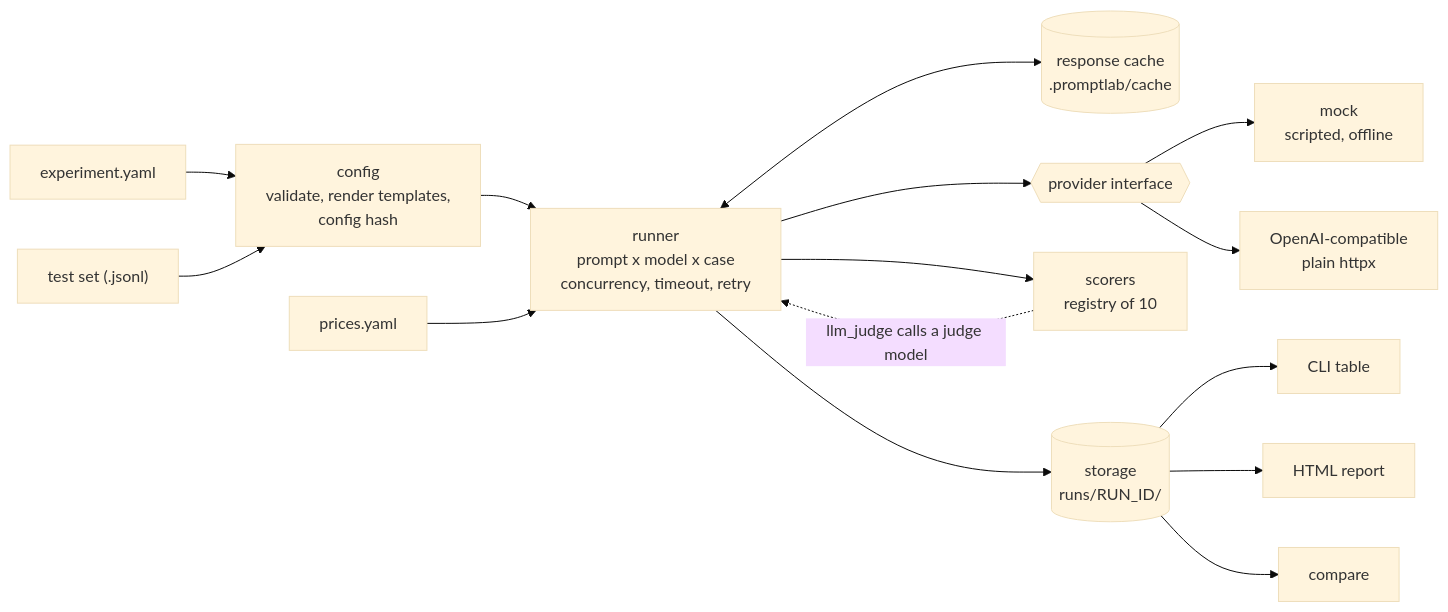
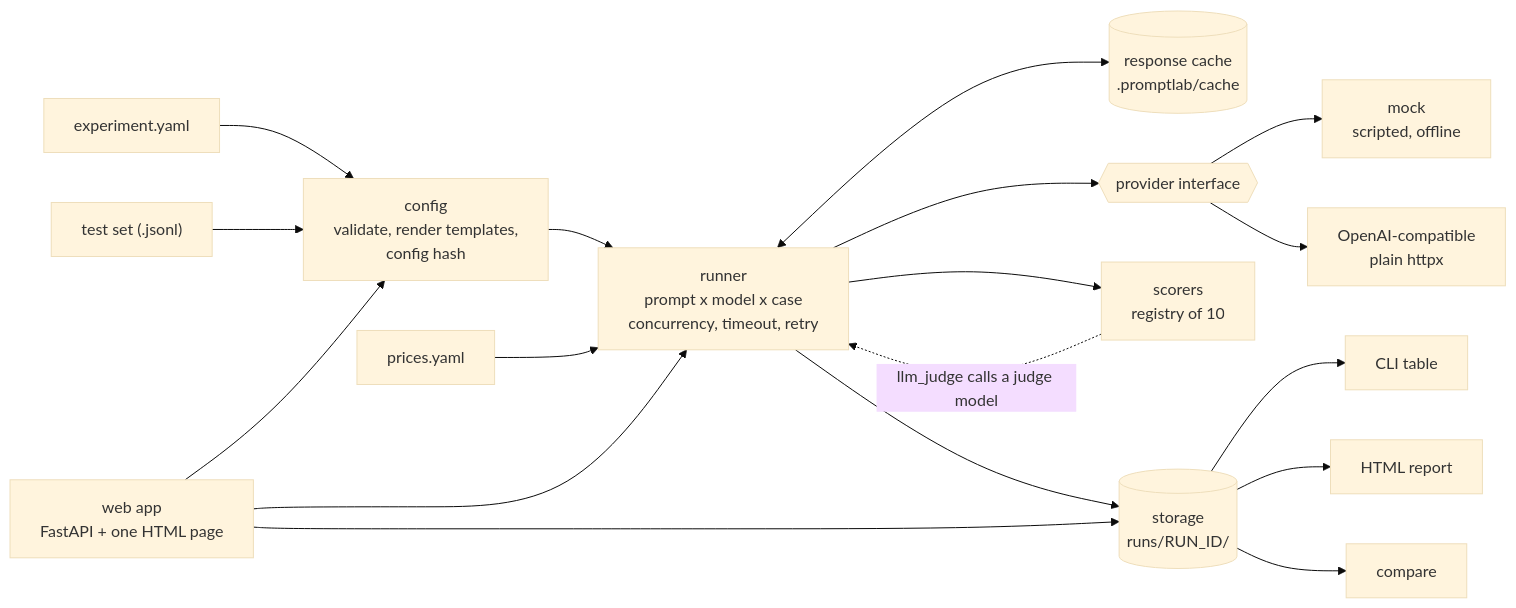
The diagram in README.md (Omkar210404/Prompt-Lab), drawn with Mermaid (base theme) before and after one commit. The commit also changed other lines of this file and 4 other files, not shown here.

Commit message:
README: document the web app and add app screenshots

````diff
--- a/README.md
+++ b/README.md
@@ -187,17 +221,20 @@
 ```mermaid
 flowchart LR
     Y["experiment.yaml"] --> C["config<br/>validate, render templates,<br/>config hash"]
     D["test set (.jsonl)"] --> C
     C --> R["runner<br/>prompt x model x case<br/>concurrency, timeout, retry"]
     R <--> K[("response cache<br/>.promptlab/cache")]
     R --> P{{"provider interface"}}
     P --> M["mock<br/>scripted, offline"]
     P --> O["OpenAI-compatible<br/>plain httpx"]
     R --> S["scorers<br/>registry of 10"]
     S -. "llm_judge calls a judge model" .-> R
     PR["prices.yaml"] --> R
     R --> ST[("storage<br/>runs/RUN_ID/")]
     ST --> T["CLI table"]
     ST --> H["HTML report"]
     ST --> CM["compare"]
+    UI["web app<br/>FastAPI + one HTML page"] --> C
+    UI --> R
+    UI --> ST
 ```
````
